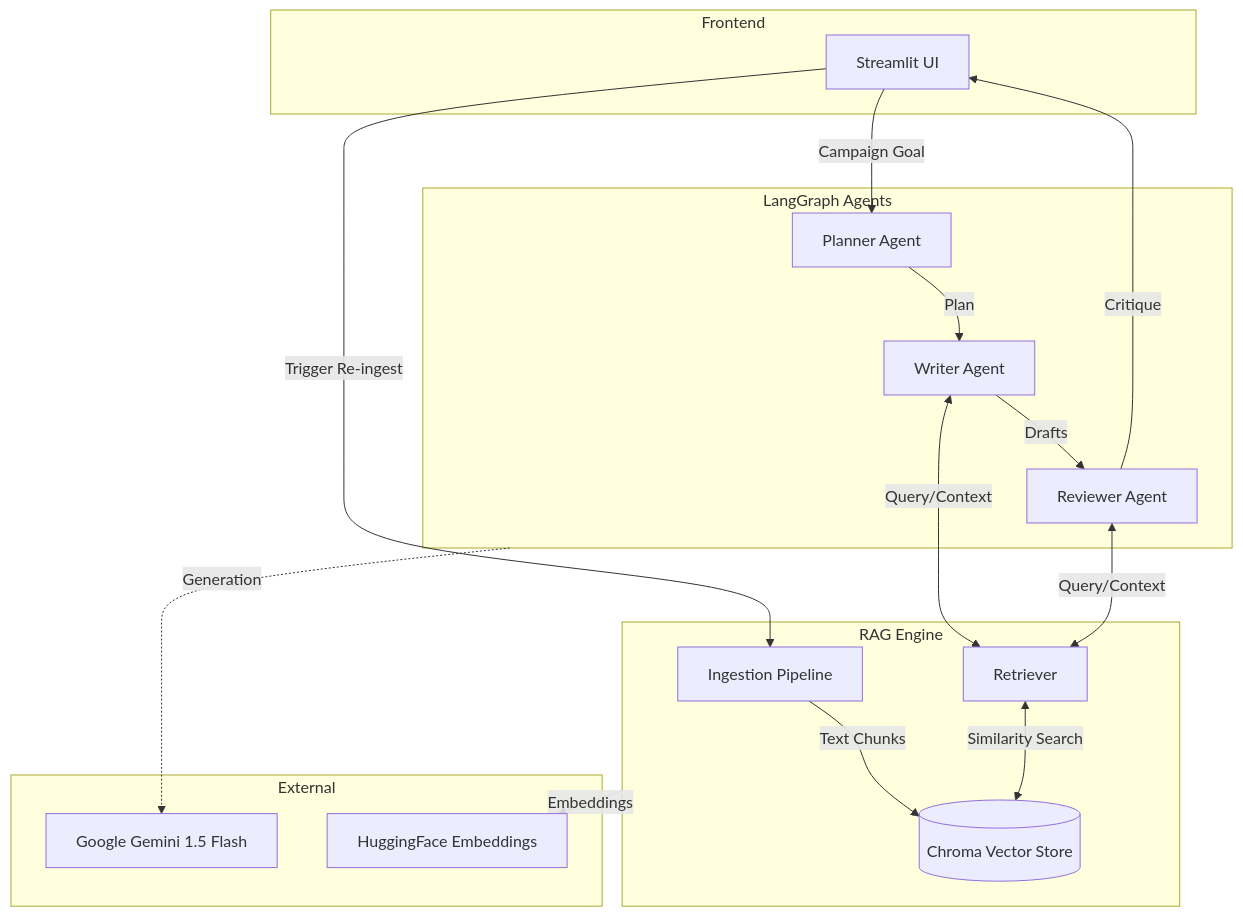
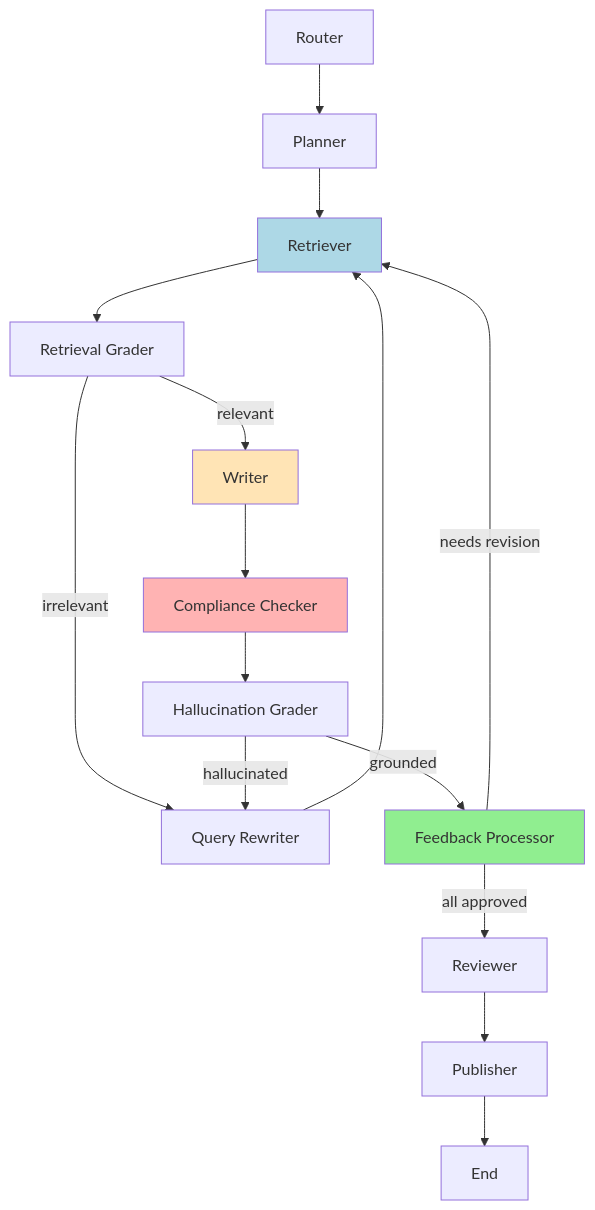
Before and after one commit to Chaitanya-0310/Multi_Model_AI_Agent: the diagram in README.md, drawn with Mermaid. The commit also changed other lines of this file and 17 other files, not shown here.

````diff
--- a/README.md
+++ b/README.md
@@ -14,39 +23,27 @@
 ```mermaid
 graph TD
-    subgraph Frontend
-        UI[Streamlit UI]
-    end
+    Router[Router] --> Planner[Planner]
+    Planner --> Retriever[Retriever]
+    Retriever --> RetrievalGrader[Retrieval Grader]
 
-    subgraph Agents [LangGraph Agents]
-        Planner[Planner Agent]
-        Writer[Writer Agent]
-        Reviewer[Reviewer Agent]
-    end
+    RetrievalGrader -->|relevant| Writer[Writer]
+    RetrievalGrader -->|irrelevant| QueryRewriter[Query Rewriter]
+    QueryRewriter --> Retriever
 
-    subgraph RAG [RAG Engine]
-        Ingest[Ingestion Pipeline]
-        VectorDB[(Chroma Vector Store)]
-        Retriever[Retriever]
-    end
+    Writer --> ComplianceChecker[Compliance Checker]
+    ComplianceChecker --> HallucinationGrader[Hallucination Grader]
 
-    subgraph External
-        Google[Google Gemini 1.5 Flash]
-        HF[HuggingFace Embeddings]
-    end
+    HallucinationGrader -->|grounded| FeedbackProcessor[Feedback Processor]
+    HallucinationGrader -->|hallucinated| QueryRewriter
 
-    UI -->|Campaign Goal| Planner
-    UI -->|Trigger Re-ingest| Ingest
-    
-    Planner -->|Plan| Writer
-    Writer -->|Drafts| Reviewer
-    Reviewer -->|Critique| UI
+    FeedbackProcessor -->|needs revision| Retriever
+    FeedbackProcessor -->|all approved| Reviewer[Reviewer]
 
-    Writer <-->|Query/Context| Retriever
-    Reviewer <-->|Query/Context| Retriever
-    
-    Ingest -->|Text Chunks| VectorDB
-    Retriever <-->|Similarity Search| VectorDB
-    
-    Agents -.->|Generation| Google
-    RAG -.->|Embeddings| HF
+    Reviewer --> Publisher[Publisher]
+    Publisher --> End[End]
+
+    style ComplianceChecker fill:#FFB3B3
+    style FeedbackProcessor fill:#90EE90
+    style Writer fill:#FFE4B5
+    style Retriever fill:#ADD8E6
 ```
````
